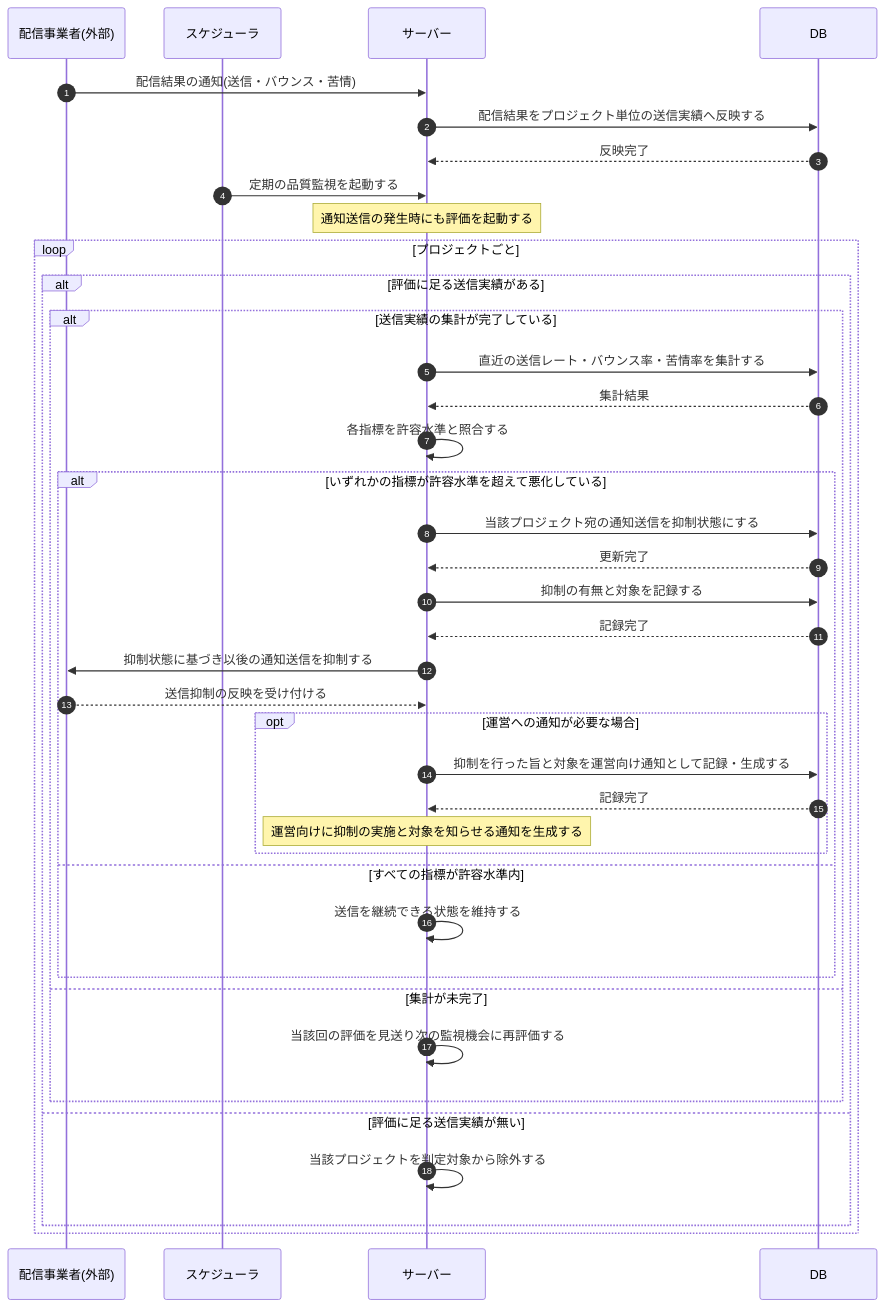
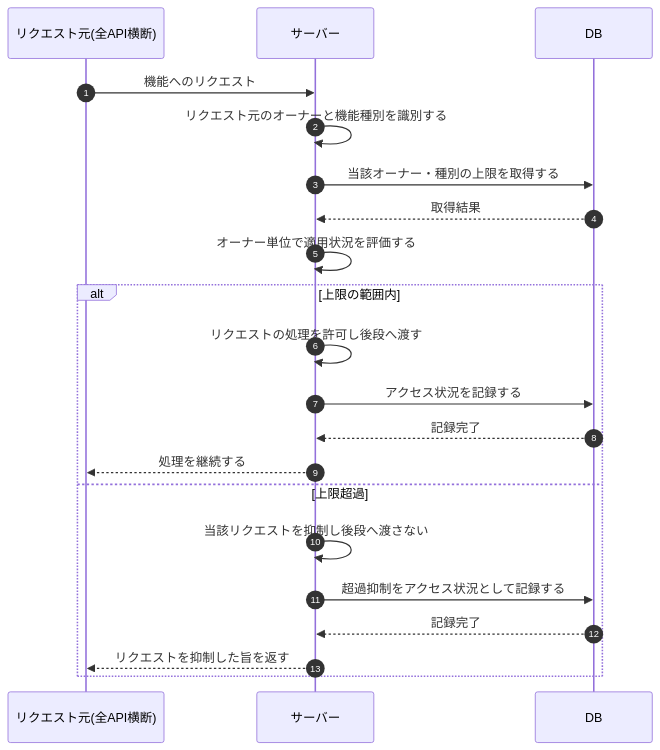
One commit to sikakou54/open-faq changed the diagram in 02_basic_design/03_sequences/SEQ-112.md. Above: the diagram before and after it, drawn with Mermaid. The commit also changed other lines of this file and 99 other files, not shown here.

````diff
--- a/02_basic_design/03_sequences/SEQ-112.md
+++ b/02_basic_design/03_sequences/SEQ-112.md
@@ -25,41 +25,23 @@
 ```mermaid
 sequenceDiagram
   autonumber
-  participant ESP as 配信事業者(外部)
-  participant SCH as スケジューラ
+  participant Caller as リクエスト元(全API横断)
   participant Server as サーバー
   participant DB as DB
-  ESP->>Server: 配信結果の通知(送信・バウンス・苦情)
-  Server->>DB: 配信結果をプロジェクト単位の送信実績へ反映する
-  DB-->>Server: 反映完了
-  SCH->>Server: 定期の品質監視を起動する
-  Note over Server: 通知送信の発生時にも評価を起動する
-  loop プロジェクトごと
-    alt 評価に足る送信実績がある
-      alt 送信実績の集計が完了している
-        Server->>DB: 直近の送信レート・バウンス率・苦情率を集計する
-        DB-->>Server: 集計結果
-        Server->>Server: 各指標を許容水準と照合する
-        alt いずれかの指標が許容水準を超えて悪化している
-          Server->>DB: 当該プロジェクト宛の通知送信を抑制状態にする
-          DB-->>Server: 更新完了
-          Server->>DB: 抑制の有無と対象を記録する
-          DB-->>Server: 記録完了
-          Server->>ESP: 抑制状態に基づき以後の通知送信を抑制する
-          ESP-->>Server: 送信抑制の反映を受け付ける
-          opt 運営への通知が必要な場合
-            Server->>DB: 抑制を行った旨と対象を運営向け通知として記録・生成する
-            DB-->>Server: 記録完了
-            Note over Server: 運営向けに抑制の実施と対象を知らせる通知を生成する
-          end
-        else すべての指標が許容水準内
-          Server->>Server: 送信を継続できる状態を維持する
-        end
-      else 集計が未完了
-        Server->>Server: 当該回の評価を見送り次の監視機会に再評価する
-      end
-    else 評価に足る送信実績が無い
-      Server->>Server: 当該プロジェクトを判定対象から除外する
-    end
+  Caller->>Server: 機能へのリクエスト
+  Server->>Server: リクエスト元のオーナーと機能種別を識別する
+  Server->>DB: 当該オーナー・種別の上限を取得する
+  DB-->>Server: 取得結果
+  Server->>Server: オーナー単位で適用状況を評価する
+  alt 上限の範囲内
+    Server->>Server: リクエストの処理を許可し後段へ渡す
+    Server->>DB: アクセス状況を記録する
+    DB-->>Server: 記録完了
+    Server-->>Caller: 処理を継続する
+  else 上限超過
+    Server->>Server: 当該リクエストを抑制し後段へ渡さない
+    Server->>DB: 超過抑制をアクセス状況として記録する
+    DB-->>Server: 記録完了
+    Server-->>Caller: リクエストを抑制した旨を返す
   end
 ```
````
